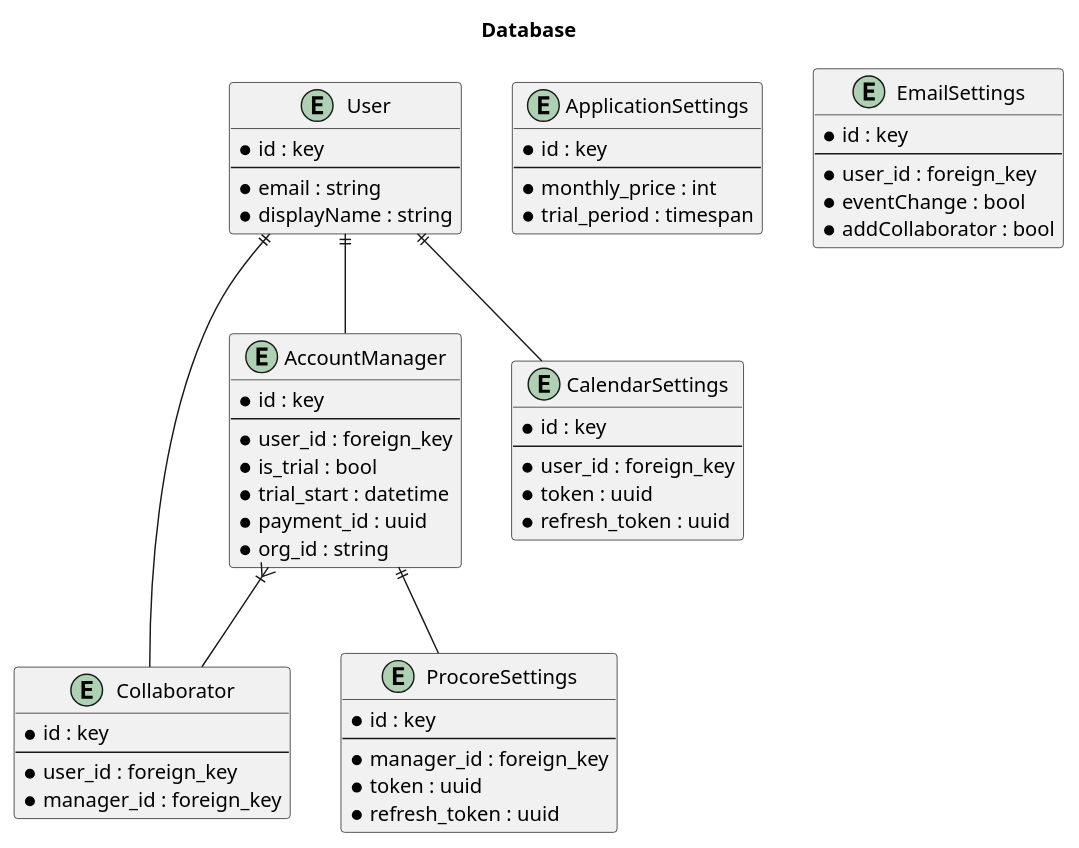
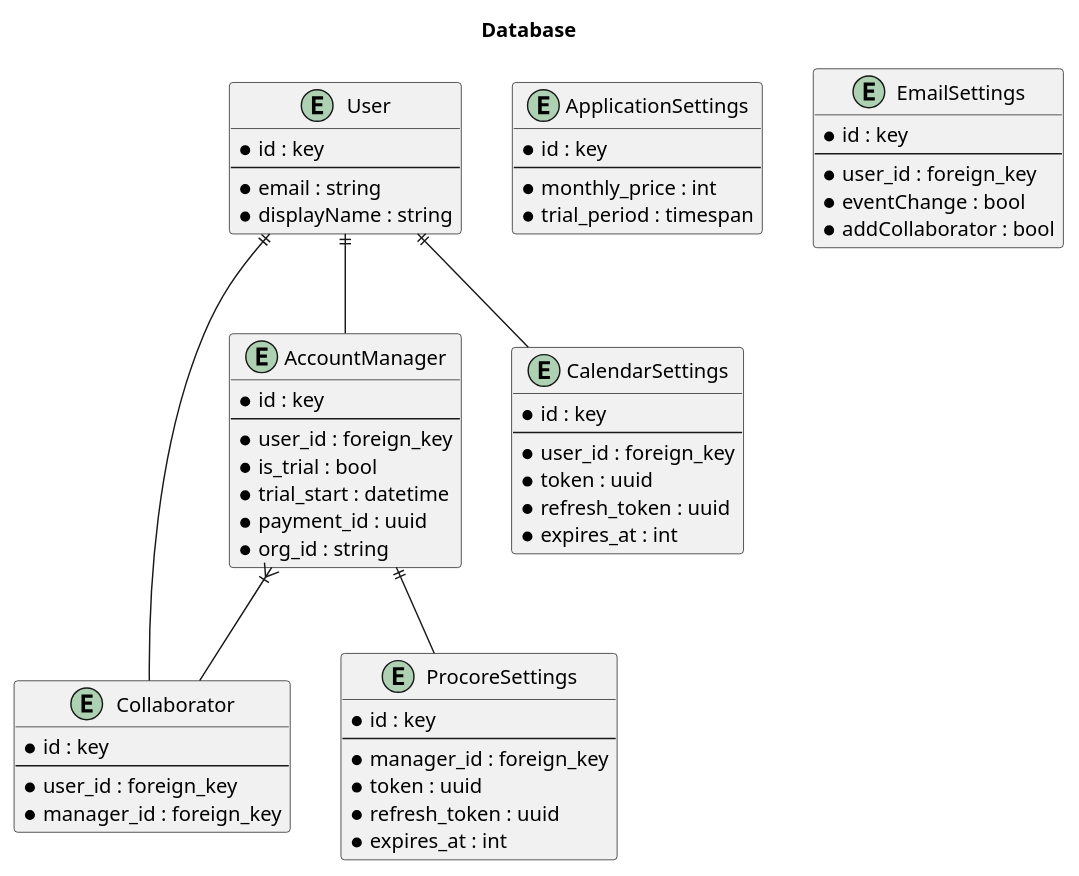
One commit to adhurjaty/procore-gcal changed the diagram in diagrams/database.wsd. Above: the diagram before and after it, drawn with PlantUML. The commit also changed 2 other files, not shown here.

```diff
--- a/diagrams/database.wsd
+++ b/diagrams/database.wsd
@@ -1,65 +1,67 @@
 @startuml
 title Database
 
 entity User {
     * id : key
     ---
     * email : string
     * displayName : string
 }
 
 entity AccountManager {
     * id : key
     ---
     * user_id : foreign_key
     * is_trial : bool
     * trial_start : datetime
     * payment_id : uuid
     * org_id : string
 }
 
 entity Collaborator {
     * id : key
     ---
     * user_id : foreign_key
     * manager_id : foreign_key
 }
 
 entity ProcoreSettings {
     * id : key
     ---
     * manager_id : foreign_key
     * token : uuid
     * refresh_token : uuid
+    * expires_at : int
 }
 
 entity CalendarSettings {
     * id : key
     ---
     * user_id : foreign_key
     * token : uuid
     * refresh_token : uuid
+    * expires_at : int
 }
 
 entity ApplicationSettings {
     * id : key
     ---
     * monthly_price : int
     * trial_period : timespan
 }
 
 entity EmailSettings {
     * id : key
     ---
     * user_id : foreign_key
     * eventChange : bool
     * addCollaborator : bool
 }
 
 AccountManager ||-- ProcoreSettings
 User ||-- AccountManager
 User ||-- CalendarSettings
 User ||-- Collaborator
 AccountManager }|-- Collaborator
 
 @enduml
```
